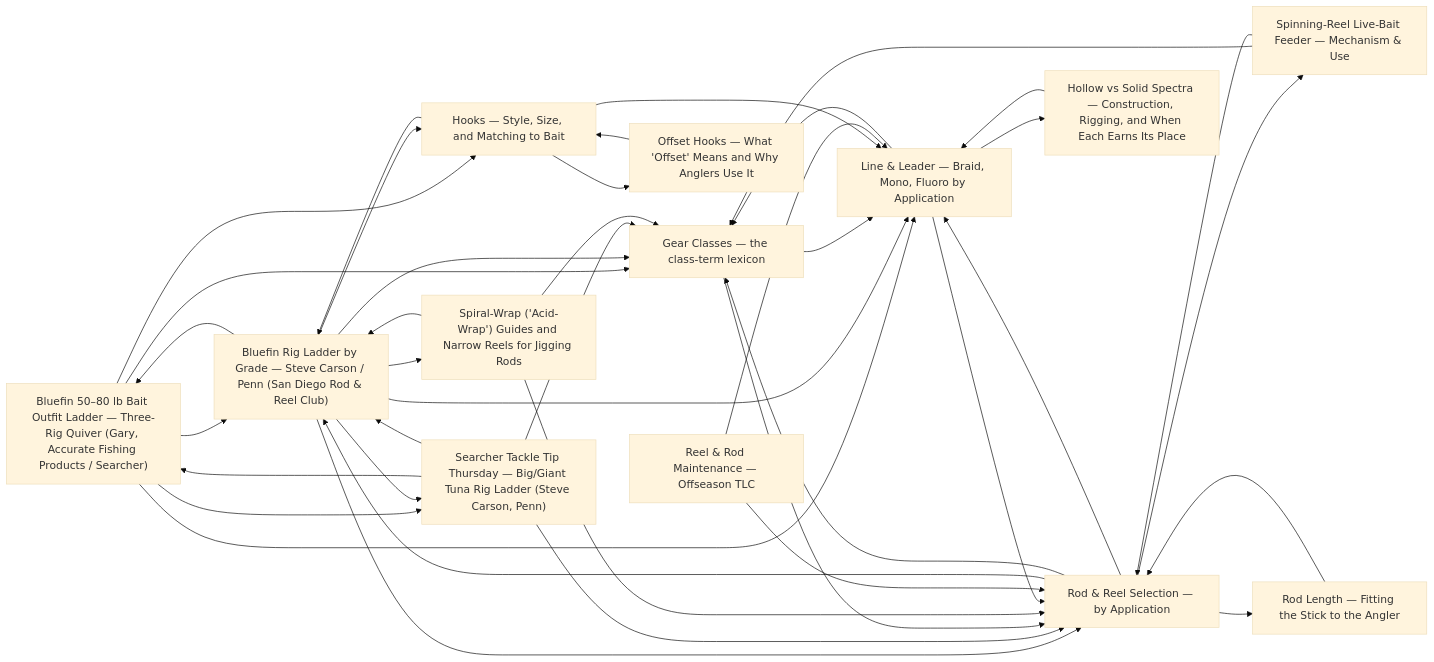
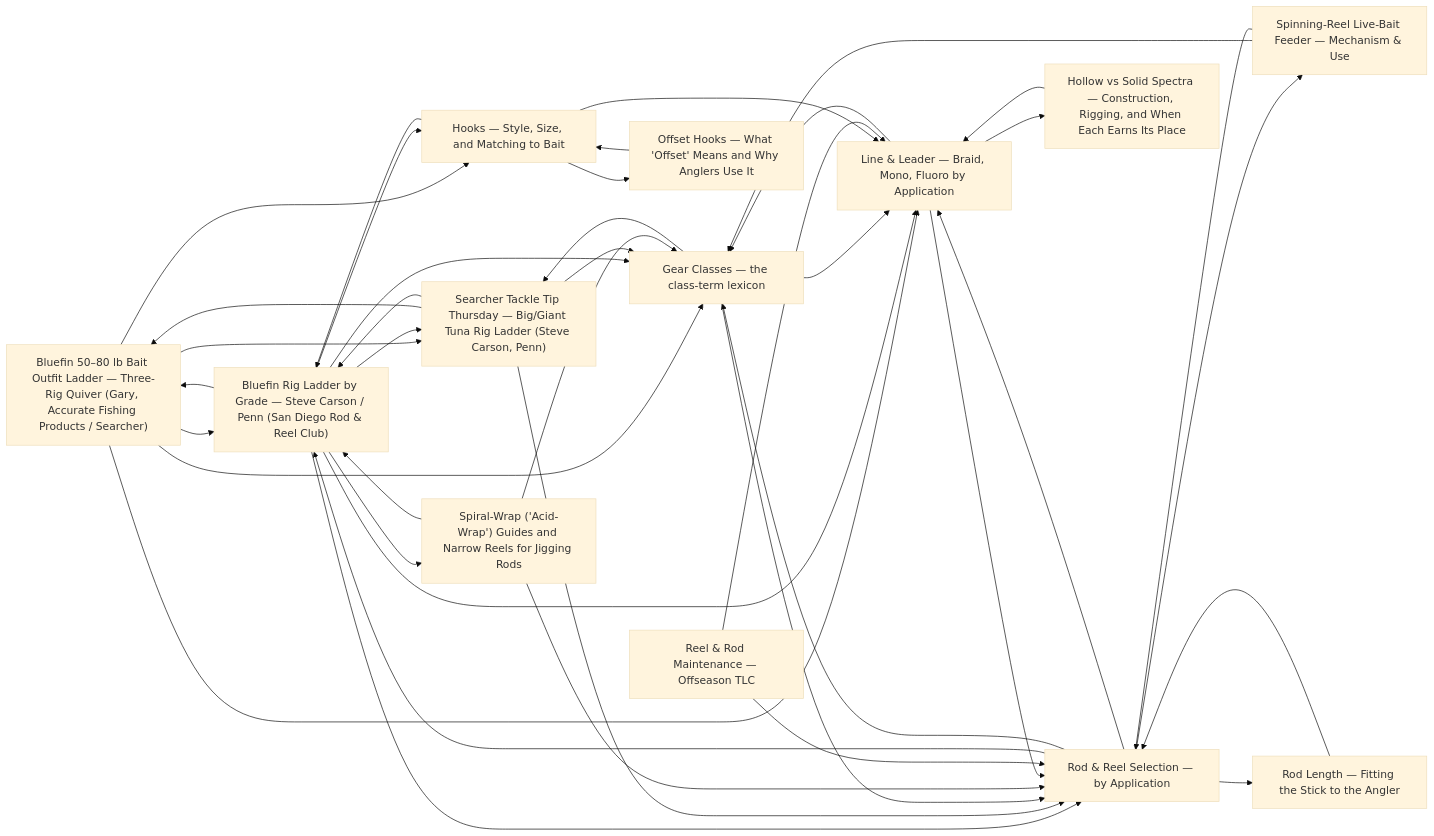
One commit to camchuckpete-max/Socal-Fishing-Knowledge changed the diagram in tackle/README.md. Above: the diagram before and after it, drawn with Mermaid (base theme). The commit also changed 10 other files, not shown here.

````diff
--- a/tackle/README.md
+++ b/tackle/README.md
@@ -26,55 +26,56 @@
 ```mermaid
 graph LR
   n0["Bluefin 50–80 lb Bait Outfit Ladder — Three-Rig Quiver (Gary, Accurate Fishing Products / Searcher)"]
   n1["Bluefin Rig Ladder by Grade — Steve Carson / Penn (San Diego Rod & Reel Club)"]
   n2["Gear Classes — the class-term lexicon"]
   n3["Hooks — Style, Size, and Matching to Bait"]
   n4["Spiral-Wrap ('Acid-Wrap') Guides and Narrow Reels for Jigging Rods"]
   n5["Line & Leader — Braid, Mono, Fluoro by Application"]
   n6["Offset Hooks — What 'Offset' Means and Why Anglers Use It"]
   n7["Reel & Rod Maintenance — Offseason TLC"]
   n8["Rod & Reel Selection — by Application"]
   n9["Rod Length — Fitting the Stick to the Angler"]
   n10["Searcher Tackle Tip Thursday — Big/Giant Tuna Rig Ladder (Steve Carson, Penn)"]
   n11["Hollow vs Solid Spectra — Construction, Rigging, and When Each Earns Its Place"]
   n12["Spinning-Reel Live-Bait Feeder — Mechanism & Use"]
   n0 --> n1
   n0 --> n10
   n0 --> n2
   n0 --> n3
   n0 --> n5
   n1 --> n0
   n1 --> n10
   n1 --> n2
   n1 --> n3
   n1 --> n4
   n1 --> n5
   n1 --> n8
   n10 --> n0
   n10 --> n1
   n10 --> n2
   n10 --> n8
   n11 --> n5
   n12 --> n2
   n12 --> n8
+  n2 --> n10
   n2 --> n5
   n2 --> n8
   n3 --> n1
   n3 --> n5
   n3 --> n6
   n4 --> n1
   n4 --> n2
   n4 --> n8
   n5 --> n11
   n5 --> n2
   n5 --> n8
   n6 --> n3
   n7 --> n5
   n7 --> n8
   n8 --> n1
   n8 --> n12
   n8 --> n2
   n8 --> n5
   n8 --> n9
   n9 --> n8
 ```
````
